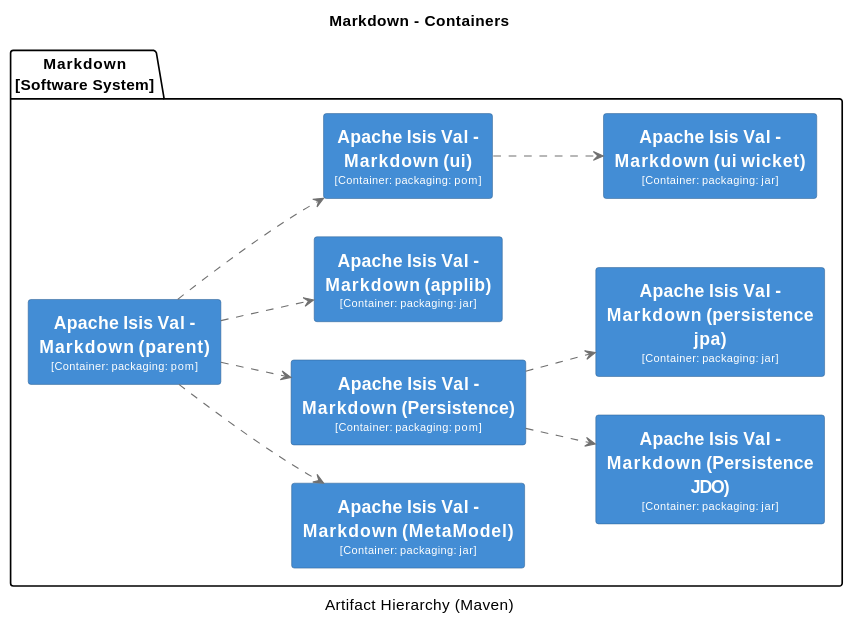
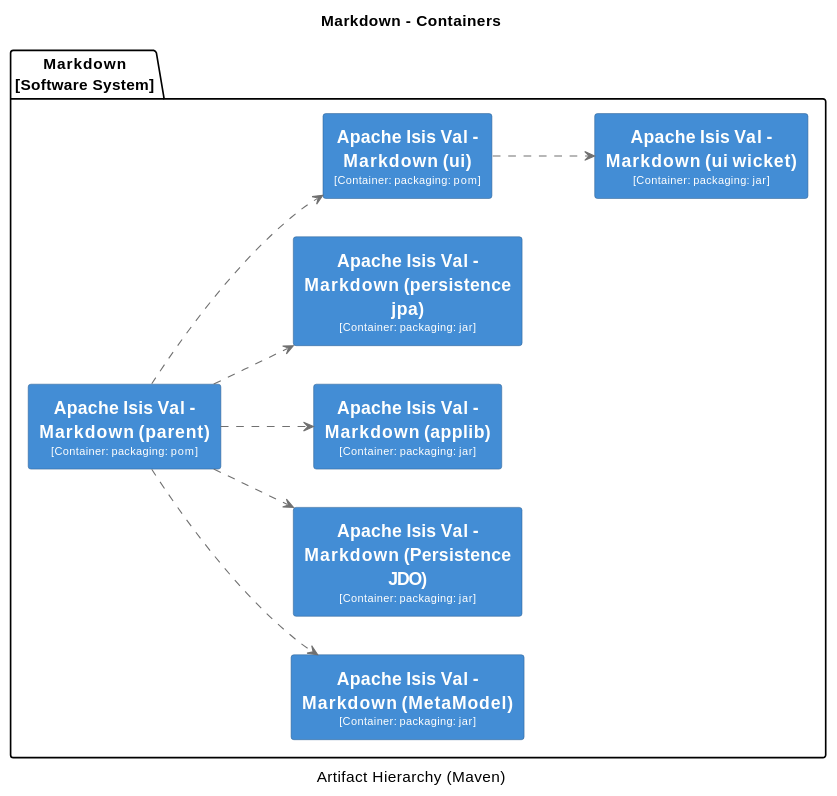
Diagram 19 of 32 in core/adoc/modules/_overview/pages/about.adoc (apache/causeway), drawn with PlantUML before and after one commit. The commit also changed other lines of this file and 23 other files, not shown here.

```diff
--- a/core/adoc/modules/_overview/pages/about.adoc
+++ b/core/adoc/modules/_overview/pages/about.adoc
@@ -3569,74 +3556,67 @@
 [plantuml,Markdown,svg]
 ----
 @startuml(id=Markdown)
 title Markdown - Containers
 caption Artifact Hierarchy (Maven)
 
 skinparam {
   shadowing false
   arrowFontSize 10
   defaultTextAlignment center
   wrapWidth 200
   maxMessageSize 100
 }
 hide stereotype
 left to right direction
 skinparam rectangle<<2>> {
   BackgroundColor #438dd5
   FontColor #fffffe
   BorderColor #2E6295
 }
 skinparam rectangle<<3>> {
   BackgroundColor #438dd5
   FontColor #fffffe
   BorderColor #2E6295
 }
 skinparam rectangle<<4>> {
   BackgroundColor #438dd5
   FontColor #fffffe
   BorderColor #2E6295
 }
 skinparam rectangle<<5>> {
   BackgroundColor #438dd5
   FontColor #fffffe
   BorderColor #2E6295
 }
 skinparam rectangle<<6>> {
   BackgroundColor #438dd5
   FontColor #fffffe
   BorderColor #2E6295
 }
 skinparam rectangle<<7>> {
   BackgroundColor #438dd5
   FontColor #fffffe
   BorderColor #2E6295
 }
 skinparam rectangle<<8>> {
   BackgroundColor #438dd5
   FontColor #fffffe
   BorderColor #2E6295
 }
-skinparam rectangle<<9>> {
-  BackgroundColor #438dd5
-  FontColor #fffffe
-  BorderColor #2E6295
-}
 package "Markdown\n[Software System]" {
   rectangle "==Apache Isis Val - Markdown (MetaModel)\n<size:10>[Container: packaging: jar]</size>" <<4>> as 4
-  rectangle "==Apache Isis Val - Markdown (Persistence JDO)\n<size:10>[Container: packaging: jar]</size>" <<6>> as 6
-  rectangle "==Apache Isis Val - Markdown (Persistence)\n<size:10>[Container: packaging: pom]</size>" <<5>> as 5
+  rectangle "==Apache Isis Val - Markdown (Persistence JDO)\n<size:10>[Container: packaging: jar]</size>" <<5>> as 5
   rectangle "==Apache Isis Val - Markdown (applib)\n<size:10>[Container: packaging: jar]</size>" <<3>> as 3
   rectangle "==Apache Isis Val - Markdown (parent)\n<size:10>[Container: packaging: pom]</size>" <<2>> as 2
-  rectangle "==Apache Isis Val - Markdown (persistence jpa)\n<size:10>[Container: packaging: jar]</size>" <<7>> as 7
-  rectangle "==Apache Isis Val - Markdown (ui wicket)\n<size:10>[Container: packaging: jar]</size>" <<9>> as 9
-  rectangle "==Apache Isis Val - Markdown (ui)\n<size:10>[Container: packaging: pom]</size>" <<8>> as 8
+  rectangle "==Apache Isis Val - Markdown (persistence jpa)\n<size:10>[Container: packaging: jar]</size>" <<6>> as 6
+  rectangle "==Apache Isis Val - Markdown (ui wicket)\n<size:10>[Container: packaging: jar]</size>" <<8>> as 8
+  rectangle "==Apache Isis Val - Markdown (ui)\n<size:10>[Container: packaging: pom]</size>" <<7>> as 7
 }
-5 .[#707070].> 6 : ""
-5 .[#707070].> 7 : ""
 2 .[#707070].> 4 : ""
 2 .[#707070].> 5 : ""
 2 .[#707070].> 3 : ""
-2 .[#707070].> 8 : ""
-8 .[#707070].> 9 : ""
+2 .[#707070].> 6 : ""
+2 .[#707070].> 7 : ""
+7 .[#707070].> 8 : ""
 @enduml
 ----
```
